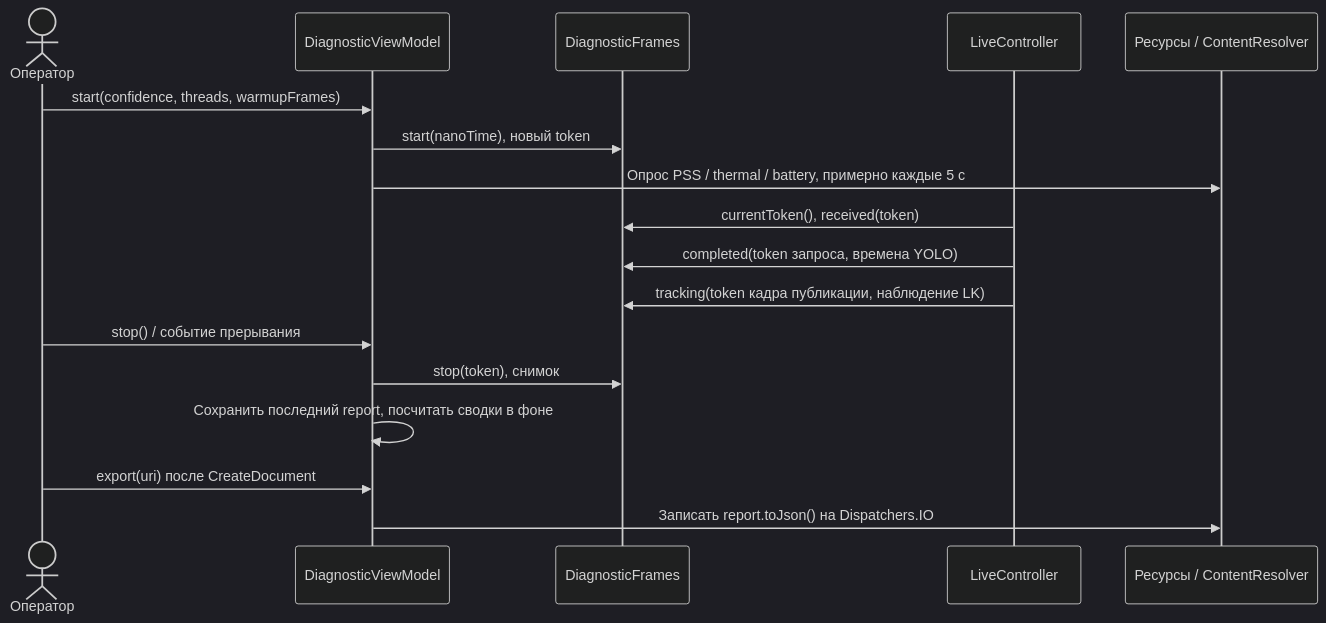
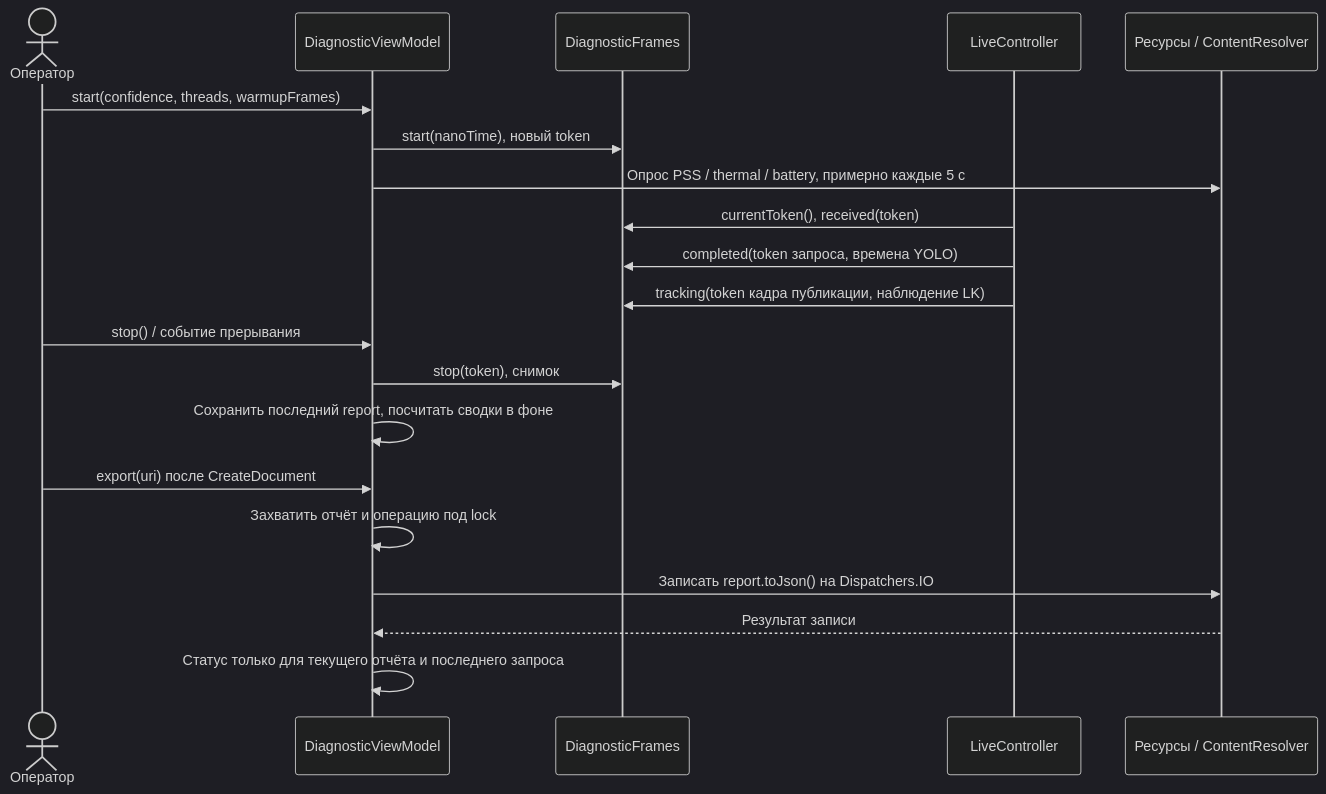
Before and after one commit to Kr1st10/drone-cv-android-prototype: the fifth of 5 diagrams in docs/internals/detection-lifecycle.md, drawn with Mermaid (dark theme). The commit also changed other lines of this file and 15 other files, not shown here.

````diff
--- a/docs/internals/detection-lifecycle.md
+++ b/docs/internals/detection-lifecycle.md
@@ -147,19 +149,22 @@
 ```mermaid
 sequenceDiagram
     actor U as Оператор
     participant VM as DiagnosticViewModel
     participant F as DiagnosticFrames
     participant C as LiveController
     participant OS as Ресурсы / ContentResolver
     U->>VM: start(confidence, threads, warmupFrames)
     VM->>F: start(nanoTime), новый token
     VM->>OS: Опрос PSS / thermal / battery, примерно каждые 5 с
     C->>F: currentToken(), received(token)
     C->>F: completed(token запроса, времена YOLO)
     C->>F: tracking(token кадра публикации, наблюдение LK)
     U->>VM: stop() / событие прерывания
     VM->>F: stop(token), снимок
     VM->>VM: Сохранить последний report, посчитать сводки в фоне
     U->>VM: export(uri) после CreateDocument
+    VM->>VM: Захватить отчёт и операцию под lock
     VM->>OS: Записать report.toJson() на Dispatchers.IO
+    OS-->>VM: Результат записи
+    VM->>VM: Статус только для текущего отчёта и последнего запроса
 ```
````
